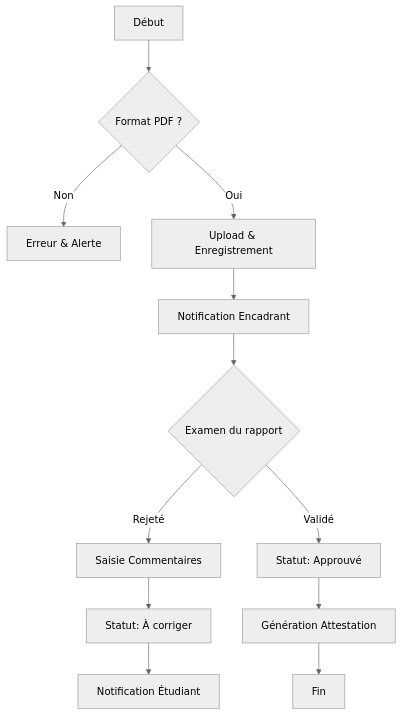
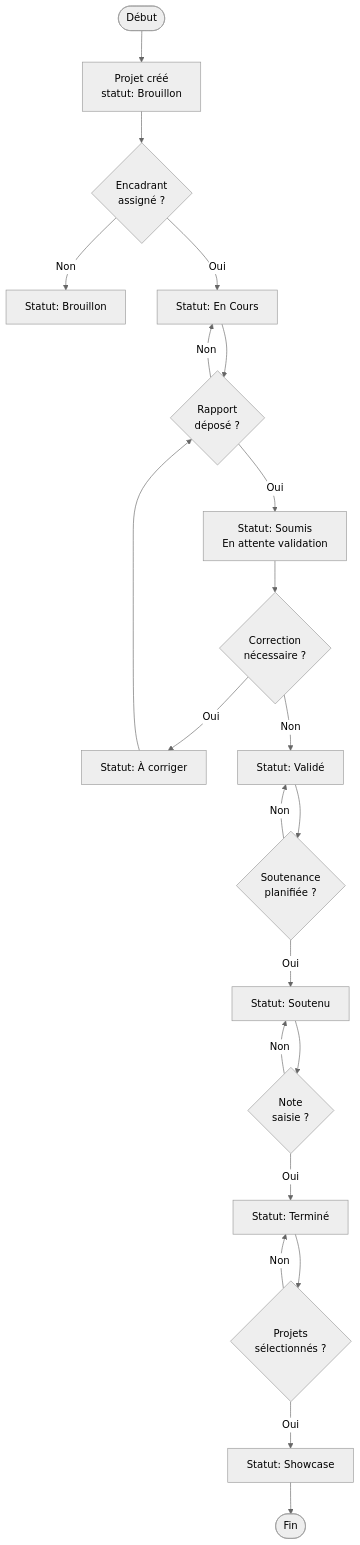
The seventh of 13 diagrams in README.md (Lagmouchyoussef/PFE-Navigator), drawn with Mermaid (neutral theme) before and after one commit. The commit also changed other lines of this file, not shown here.

````diff
--- a/README.md
+++ b/README.md
@@ -383,14 +369,30 @@
 ```mermaid
 flowchart TD
-    A[Début] --> B{Format PDF ?}
-    B -- Non --> C[Erreur & Alerte]
-    B -- Oui --> D[Upload & Enregistrement]
-    D --> E[Notification Encadrant]
-    E --> F{Examen du rapport}
-    F -- Rejeté --> G[Saisie Commentaires]
-    G --> H[Statut: À corriger]
-    H --> I[Notification Étudiant]
-    F -- Validé --> J[Statut: Approuvé]
-    J --> K[Génération Attestation]
-    K --> L[Fin]
+    Start([Début]) --> Create[Projet créé<br/>statut: Brouillon]
+    Create --> Assign{Encadrant<br/>assigné ?}
+    Assign -- Non --> Draft[Statut: Brouillon]
+    Assign -- Oui --> InProgress[Statut: En Cours]
+    
+    InProgress --> Submit{Rapport<br/>déposé ?}
+    Submit -- Non --> InProgress
+    Submit -- Oui --> PendingValidation[Statut: Soumis<br/>En attente validation]
+    
+    PendingValidation --> Review{Correction<br/>nécessaire ?}
+    Review -- Oui --> Corrections[Statut: À corriger]
+    Corrections --> Submit
+    
+    Review -- Non --> Approved[Statut: Validé]
+    Approved --> Schedule{Soutenance<br/>planifiée ?}
+    Schedule -- Non --> Approved
+    Schedule -- Oui --> Scheduled[Statut: Soutenu]
+    
+    Scheduled --> Grade{Note<br/>saisie ?}
+    Grade -- Non --> Scheduled
+    Grade -- Oui --> Completed[Statut: Terminé]
+    
+    Completed --> Showcase{Projets<br/>sélectionnés ?}
+    Showcase -- Oui --> Published[Statut: Showcase]
+    Showcase -- Non --> Completed
+    
+    Published --> End([Fin])
 ```
````
